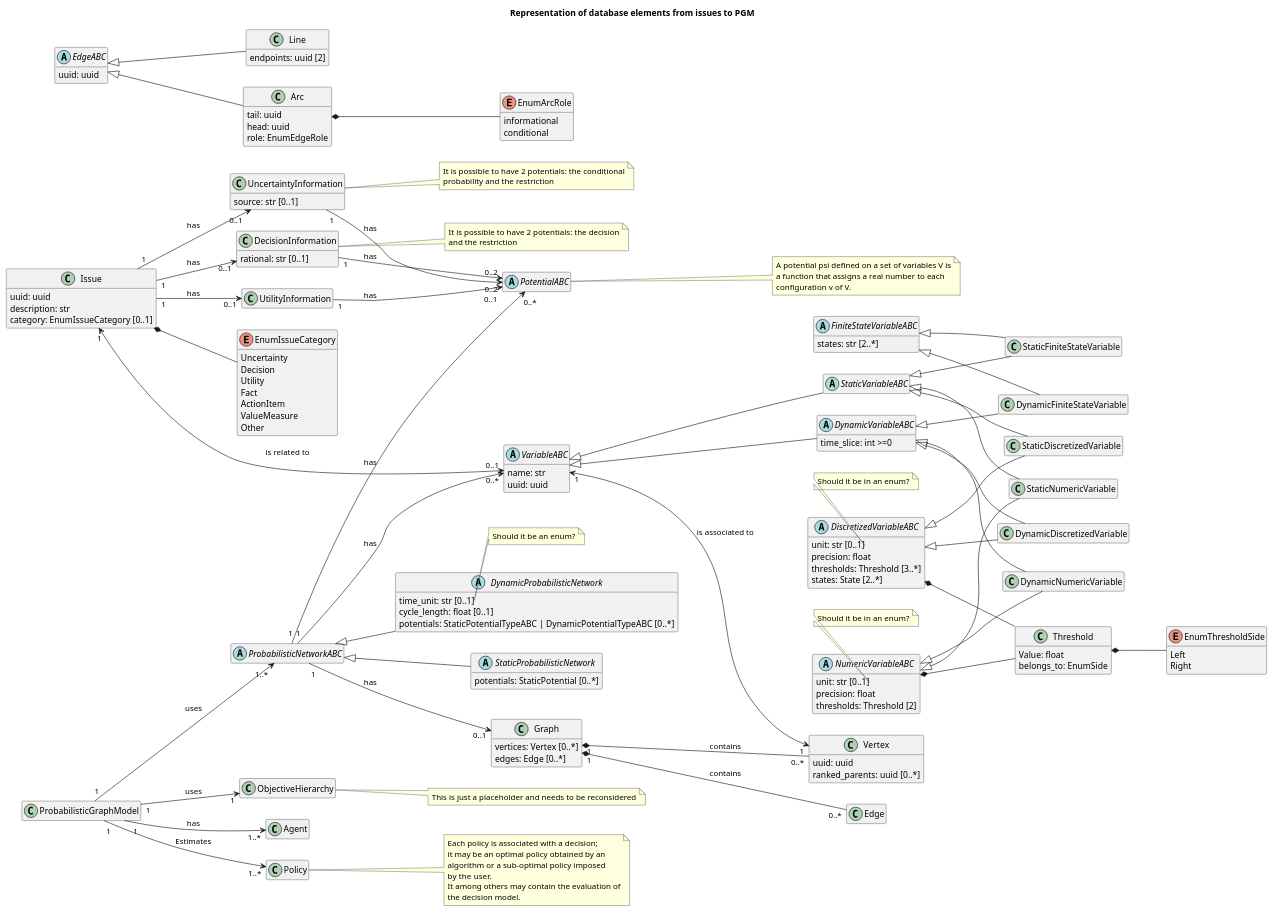
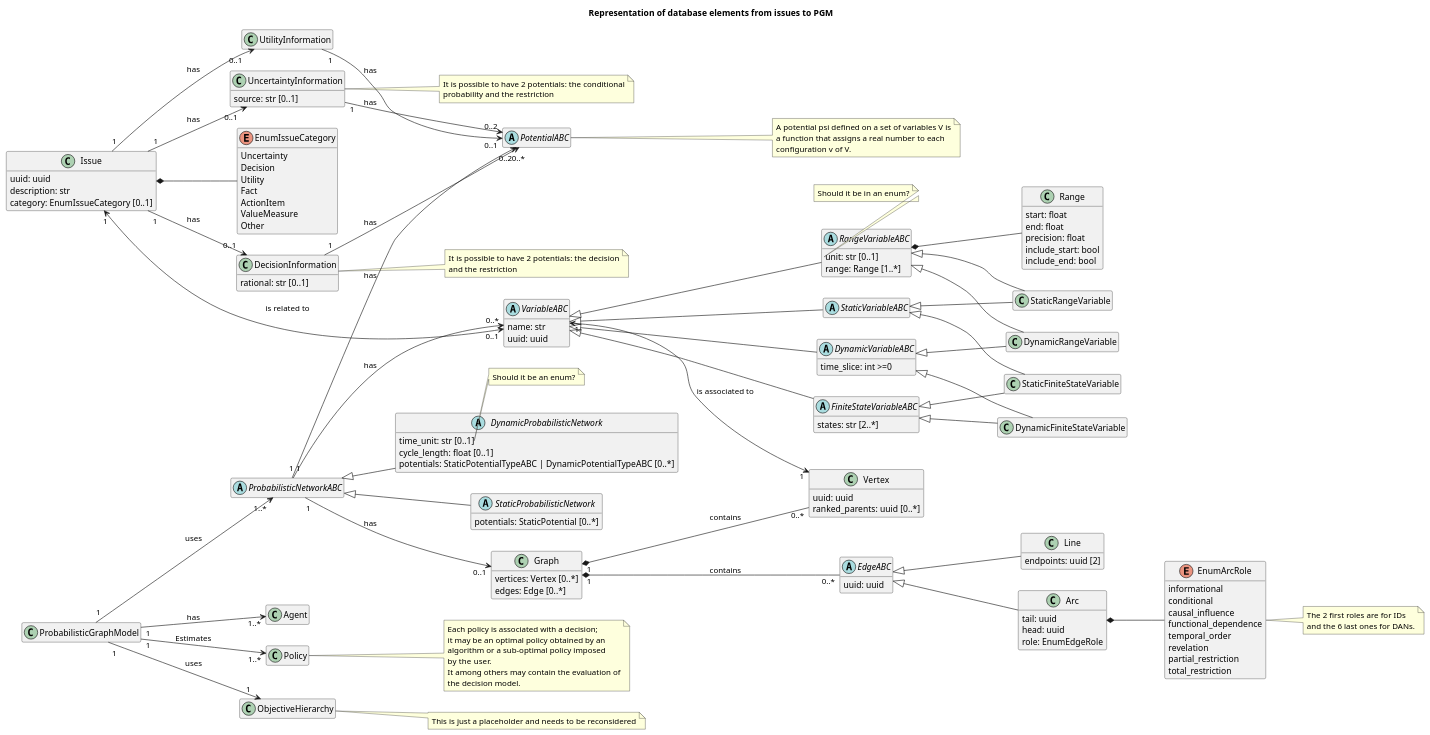
One commit to equinor/dot changed the diagram in docs/src/developers/c4/figures/pgm.puml. Above: the diagram before and after it, drawn with PlantUML. The commit also changed 1 other file, not shown here.

```diff
--- a/docs/src/developers/c4/figures/pgm.puml
+++ b/docs/src/developers/c4/figures/pgm.puml
@@ -81,60 +81,48 @@
 }
 
 together {
-    abstract class VariableABC
     abstract class StaticVariableABC
     abstract class DynamicVariableABC
 }
 
-
 abstract class FiniteStateVariableABC {
     states: str [2..*]
 }
-abstract class NumericVariableABC {
+abstract class RangeVariableABC {
     unit: str [0..1]
-    precision: float
-    thresholds: Threshold [2]
+    range: Range [1..*]
 }
-note right of NumericVariableABC::unit
+note right of RangeVariableABC::unit
     Should it be in an enum?
 end note
-abstract class DiscretizedVariableABC {
-    unit: str [0..1]
+
+class Range {
+    start: float
+    end: float
     precision: float
-    thresholds: Threshold [3..*]
-    states: State [2..*]
+    include_start: bool
+    include_end: bool
 }
-note right of DiscretizedVariableABC::unit
-    Should it be in an enum?
-end note
-class Threshold {
-    Value: float
-    belongs_to: EnumSide
-}
+
 
 together {
     abstract class FiniteStateVariableABC
-    abstract class NumericVariableABC
-    abstract class DiscretizedVariableABC
+    abstract class RangeVariableABC
 }
 
 class StaticFiniteStateVariable
-class StaticNumericVariable
-class StaticDiscretizedVariable
+class StaticRangeVariable
 class DynamicFiniteStateVariable
-class DynamicNumericVariable
-class DynamicDiscretizedVariable
+class DynamicRangeVariable
 
 together {
     class StaticFiniteStateVariable
-    class StaticNumericVariable
-    class StaticDiscretizedVariable
+    class StaticRangeVariable
 }
 
 together {
     class DynamicFiniteStateVariable
-    class DynamicNumericVariable
-    class DynamicDiscretizedVariable
+    class DynamicRangeVariable
 }
 
 class Vertex {
@@ -200,15 +188,20 @@
     Other
 }
 
-enum EnumThresholdSide {
-    Left
-    Right
-}
-
 enum EnumArcRole {
     informational
     conditional
+    causal_influence
+    functional_dependence
+    temporal_order
+    revelation
+    partial_restriction
+    total_restriction
 }
+note right
+    The 2 first roles are for IDs
+    and the 6 last ones for DANs.
+end note
 
 ' enum EnumDistribution {
 '     Dirac
@@ -263,33 +256,29 @@
 VariableABC "1" <--> "1" Vertex: is associated to
 VariableABC <|-- StaticVariableABC
 VariableABC <|-- DynamicVariableABC
+VariableABC <|-- RangeVariableABC
+VariableABC <|-- FiniteStateVariableABC
 
-NumericVariableABC *-- Threshold
-DiscretizedVariableABC *-- Threshold
-Threshold *-- EnumThresholdSide
+RangeVariableABC *-- Range
 
 StaticVariableABC <|-- StaticFiniteStateVariable
-StaticVariableABC <|-- StaticNumericVariable
-StaticVariableABC <|-- StaticDiscretizedVariable
+StaticVariableABC <|-- StaticRangeVariable
 
 FiniteStateVariableABC <|-- StaticFiniteStateVariable
-NumericVariableABC <|-- StaticNumericVariable
-DiscretizedVariableABC <|-- StaticDiscretizedVariable
+RangeVariableABC <|-- StaticRangeVariable
 
 DynamicVariableABC <|-- DynamicFiniteStateVariable
-DynamicVariableABC <|-- DynamicNumericVariable
-DynamicVariableABC <|-- DynamicDiscretizedVariable
+DynamicVariableABC <|-- DynamicRangeVariable
 
 FiniteStateVariableABC <|-- DynamicFiniteStateVariable
-NumericVariableABC <|-- DynamicNumericVariable
-DiscretizedVariableABC <|-- DynamicDiscretizedVariable
+RangeVariableABC <|-- DynamicRangeVariable
 
 UncertaintyInformation "1" --> "0..2" PotentialABC: has
 DecisionInformation "1" --> "0..2" PotentialABC: has
 UtilityInformation "1" --> "0..1" PotentialABC: has
 
 Graph "1" *-- "0..*" Vertex: contains
-Graph "1" *-- "0..*" Edge: contains
+Graph "1" *-- "0..*" EdgeABC: contains
 
 EdgeABC <|-- Line
 EdgeABC <|-- Arc
```
